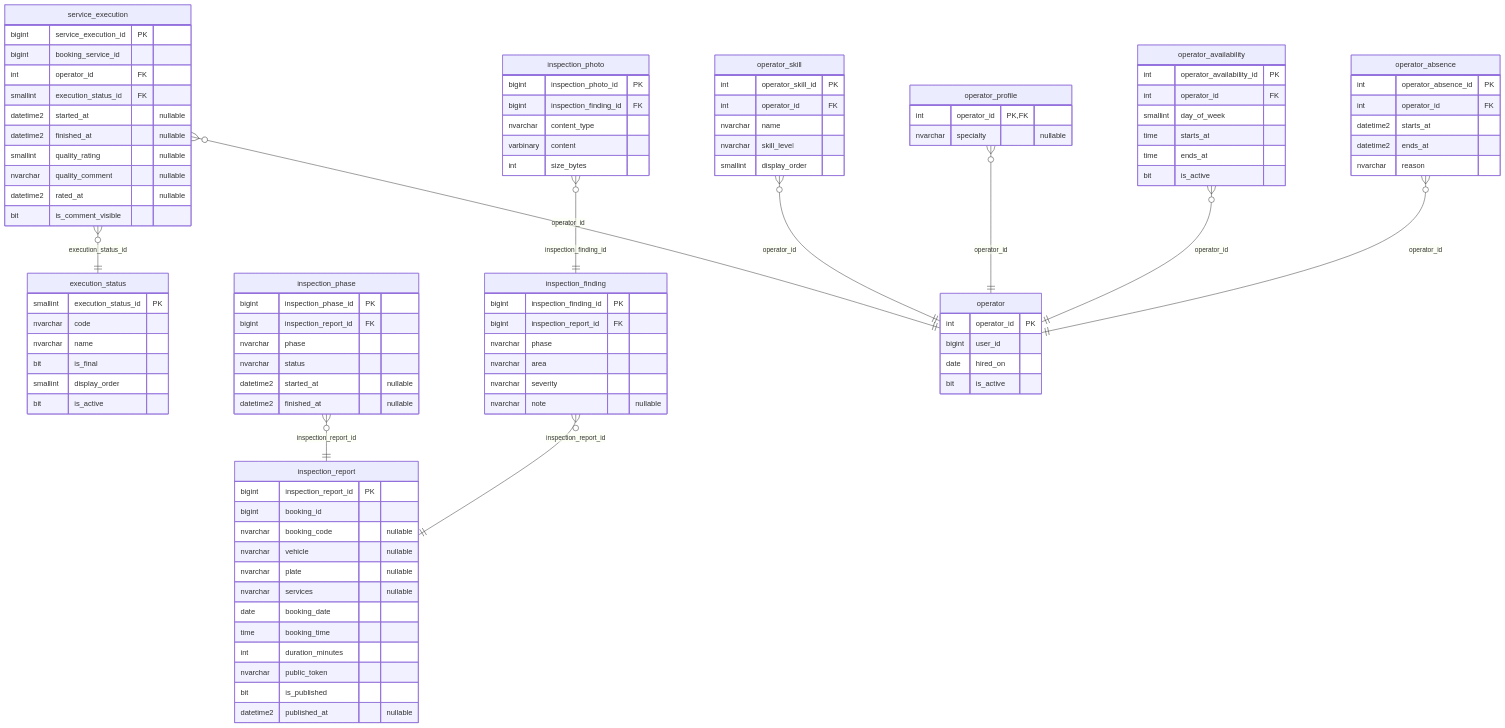
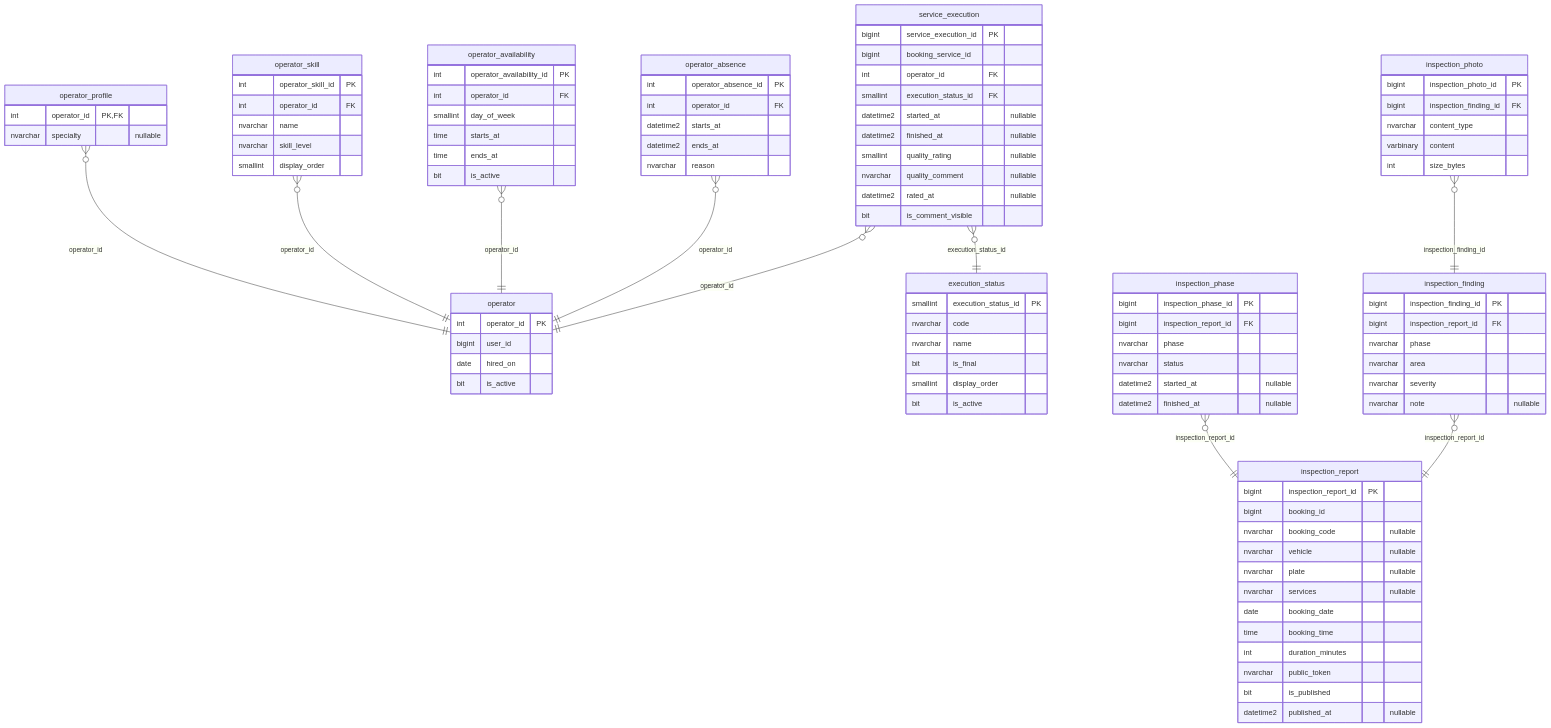
The diagram in 08-uml/diagrams/source/erd-operations.md (code-sena/vehicle-w-docs), drawn with Mermaid before and after one commit. The commit also changed other lines of this file, not shown here.

Commit message:
docs(uml): order the operations ER tables so the relationship labels do not overlap

````diff
--- a/08-uml/diagrams/source/erd-operations.md
+++ b/08-uml/diagrams/source/erd-operations.md
@@ -7,5 +7,49 @@
 ```mermaid
 erDiagram
+    operator {
+        int operator_id PK
+        bigint user_id
+        date hired_on
+        bit is_active
+    }
+    operator_profile {
+        int operator_id PK,FK
+        nvarchar specialty "nullable"
+    }
+    operator_skill {
+        int operator_skill_id PK
+        int operator_id FK
+        nvarchar name
+        nvarchar skill_level
+        smallint display_order
+    }
+    operator_availability {
+        int operator_availability_id PK
+        int operator_id FK
+        smallint day_of_week
+        time starts_at
+        time ends_at
+        bit is_active
+    }
+    operator_absence {
+        int operator_absence_id PK
+        int operator_id FK
+        datetime2 starts_at
+        datetime2 ends_at
+        nvarchar reason
+    }
+    service_execution {
+        bigint service_execution_id PK
+        bigint booking_service_id
+        int operator_id FK
+        smallint execution_status_id FK
+        datetime2 started_at "nullable"
+        datetime2 finished_at "nullable"
+        smallint quality_rating "nullable"
+        nvarchar quality_comment "nullable"
+        datetime2 rated_at "nullable"
+        bit is_comment_visible
+    }
     execution_status {
         smallint execution_status_id PK
         nvarchar code
@@ -13,29 +57,6 @@
         bit is_final
         smallint display_order
         bit is_active
-    }
-    inspection_finding {
-        bigint inspection_finding_id PK
-        bigint inspection_report_id FK
-        nvarchar phase
-        nvarchar area
-        nvarchar severity
-        nvarchar note "nullable"
-    }
-    inspection_phase {
-        bigint inspection_phase_id PK
-        bigint inspection_report_id FK
-        nvarchar phase
-        nvarchar status
-        datetime2 started_at "nullable"
-        datetime2 finished_at "nullable"
-    }
-    inspection_photo {
-        bigint inspection_photo_id PK
-        bigint inspection_finding_id FK
-        nvarchar content_type
-        varbinary content
-        int size_bytes
     }
     inspection_report {
         bigint inspection_report_id PK
@@ -51,57 +72,36 @@
         bit is_published
         datetime2 published_at "nullable"
     }
-    operator {
-        int operator_id PK
-        bigint user_id
-        date hired_on
-        bit is_active
-    }
-    operator_absence {
-        int operator_absence_id PK
-        int operator_id FK
-        datetime2 starts_at
-        datetime2 ends_at
-        nvarchar reason
-    }
-    operator_availability {
-        int operator_availability_id PK
-        int operator_id FK
-        smallint day_of_week
-        time starts_at
-        time ends_at
-        bit is_active
-    }
-    operator_profile {
-        int operator_id PK,FK
-        nvarchar specialty "nullable"
-    }
-    operator_skill {
-        int operator_skill_id PK
-        int operator_id FK
-        nvarchar name
-        nvarchar skill_level
-        smallint display_order
-    }
-    service_execution {
-        bigint service_execution_id PK
-        bigint booking_service_id
-        int operator_id FK
-        smallint execution_status_id FK
+    inspection_phase {
+        bigint inspection_phase_id PK
+        bigint inspection_report_id FK
+        nvarchar phase
+        nvarchar status
         datetime2 started_at "nullable"
         datetime2 finished_at "nullable"
-        smallint quality_rating "nullable"
-        nvarchar quality_comment "nullable"
-        datetime2 rated_at "nullable"
-        bit is_comment_visible
     }
-    inspection_finding }o--|| inspection_report : "inspection_report_id"
-    inspection_phase }o--|| inspection_report : "inspection_report_id"
-    inspection_photo }o--|| inspection_finding : "inspection_finding_id"
-    operator_absence }o--|| operator : "operator_id"
-    operator_availability }o--|| operator : "operator_id"
+    inspection_finding {
+        bigint inspection_finding_id PK
+        bigint inspection_report_id FK
+        nvarchar phase
+        nvarchar area
+        nvarchar severity
+        nvarchar note "nullable"
+    }
+    inspection_photo {
+        bigint inspection_photo_id PK
+        bigint inspection_finding_id FK
+        nvarchar content_type
+        varbinary content
+        int size_bytes
+    }
     operator_profile }o--|| operator : "operator_id"
     operator_skill }o--|| operator : "operator_id"
+    operator_availability }o--|| operator : "operator_id"
+    operator_absence }o--|| operator : "operator_id"
     service_execution }o--|| operator : "operator_id"
     service_execution }o--|| execution_status : "execution_status_id"
+    inspection_phase }o--|| inspection_report : "inspection_report_id"
+    inspection_finding }o--|| inspection_report : "inspection_report_id"
+    inspection_photo }o--|| inspection_finding : "inspection_finding_id"
 ```
````
